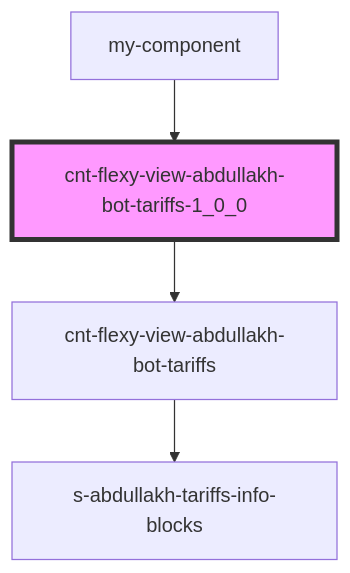
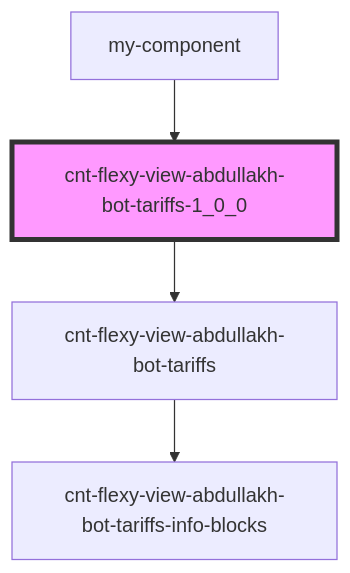
Before and after one commit to Wokh-Dada/botdevelopmentapp: the diagram in src/components/cnt-flexy-view-abdullakh-bot-tariffs-1_0_0/readme.md, drawn with Mermaid. The commit also changed 101 other files, not shown here.

````diff
--- a/src/components/cnt-flexy-view-abdullakh-bot-tariffs-1_0_0/readme.md
+++ b/src/components/cnt-flexy-view-abdullakh-bot-tariffs-1_0_0/readme.md
@@ -34,7 +34,7 @@
 ```mermaid
 graph TD;
   cnt-flexy-view-abdullakh-bot-tariffs-1_0_0 --> cnt-flexy-view-abdullakh-bot-tariffs
-  cnt-flexy-view-abdullakh-bot-tariffs --> s-abdullakh-tariffs-info-blocks
+  cnt-flexy-view-abdullakh-bot-tariffs --> cnt-flexy-view-abdullakh-bot-tariffs-info-blocks
   my-component --> cnt-flexy-view-abdullakh-bot-tariffs-1_0_0
   style cnt-flexy-view-abdullakh-bot-tariffs-1_0_0 fill:#f9f,stroke:#333,stroke-width:4px
 ```
````
